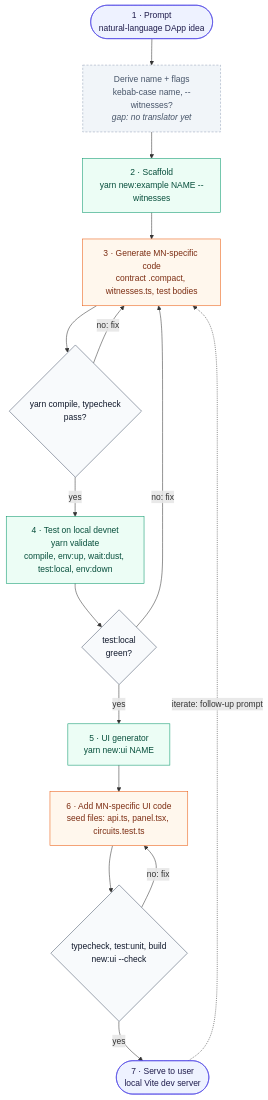
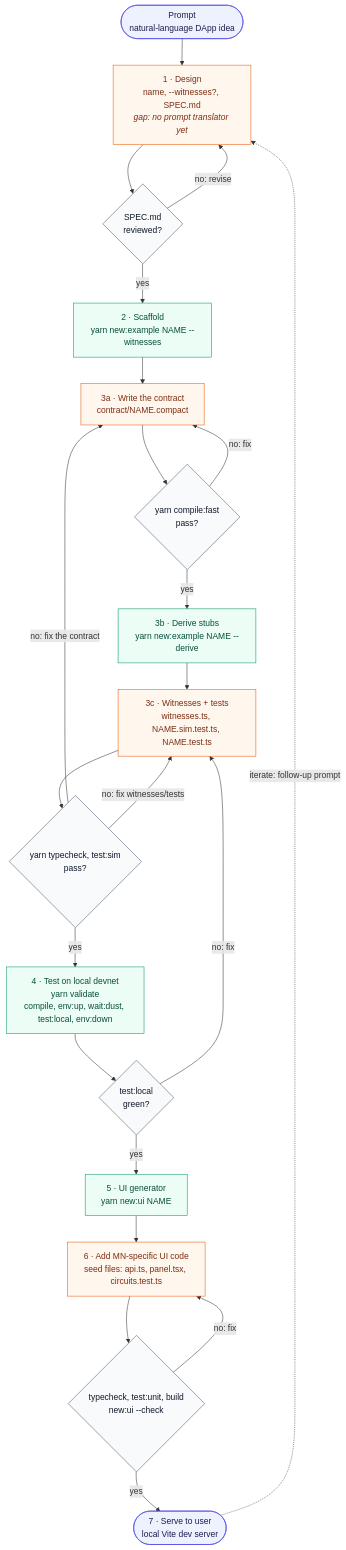
One commit to midnightntwrk/midnight-examples changed the second of 2 diagrams in docs/generation-flow.md. Above: the diagram before and after it, drawn with Mermaid. The commit also changed other lines of this file and 14 other files, not shown here.

First line of the commit message:
Cheaper reading for step 3; document the Phase 2 flow

````diff
--- a/docs/generation-flow.md
+++ b/docs/generation-flow.md
@@ -28,29 +31,38 @@
 ```mermaid
 flowchart TD
-  P(["1 · Prompt<br/>natural-language DApp idea"]):::io
-  T["Derive name + flags<br/>kebab-case name, --witnesses?<br/><i>gap: no translator yet</i>"]:::gap
+  P(["Prompt<br/>natural-language DApp idea"]):::io
+  T["1 · Design<br/>name, --witnesses?, SPEC.md<br/><i>gap: no prompt translator yet</i>"]:::reason
+  H{"SPEC.md<br/>reviewed?"}:::gate
   S["2 · Scaffold<br/>yarn new:example NAME --witnesses"]:::script
-  R1["3 · Generate MN-specific code<br/>contract .compact, witnesses.ts, test bodies"]:::reason
-  C{"yarn compile, typecheck<br/>pass?"}:::gate
+  R1["3a · Write the contract<br/>contract/NAME.compact"]:::reason
+  C{"yarn compile:fast<br/>pass?"}:::gate
+  DV["3b · Derive stubs<br/>yarn new:example NAME --derive"]:::script
+  R3["3c · Witnesses + tests<br/>witnesses.ts, NAME.sim.test.ts, NAME.test.ts"]:::reason
+  M{"yarn typecheck, test:sim<br/>pass?"}:::gate
   D["4 · Test on local devnet<br/>yarn validate<br/>compile, env:up, wait:dust, test:local, env:down"]:::script
   G{"test:local<br/>green?"}:::gate
   U["5 · UI generator<br/>yarn new:ui NAME"]:::script
   R2["6 · Add MN-specific UI code<br/>seed files: api.ts, panel.tsx, circuits.test.ts"]:::reason
   B{"typecheck, test:unit, build<br/>new:ui --check"}:::gate
   O(["7 · Serve to user<br/>local Vite dev server"]):::io
 
-  P --> T --> S --> R1 --> C
+  P --> T --> H
+  H -- "no: revise" --> T
+  H -- yes --> S --> R1 --> C
   C -- "no: fix" --> R1
-  C -- yes --> D --> G
-  G -- "no: fix" --> R1
+  C -- yes --> DV --> R3 --> M
+  M -- "no: fix the contract" --> R1
+  M -- "no: fix witnesses/tests" --> R3
+  M -- yes --> D --> G
+  G -- "no: fix" --> R3
   G -- yes --> U --> R2 --> B
   B -- "no: fix" --> R2
   B -- yes --> O
-  O -. "iterate: follow-up prompt" .-> R1
+  O -. "iterate: follow-up prompt" .-> T
 
   classDef io fill:#eef2ff,stroke:#4f46e5,color:#1e1b4b
   classDef script fill:#ecfdf5,stroke:#059669,color:#064e3b
   classDef reason fill:#fff7ed,stroke:#ea580c,color:#7c2d12
   classDef gate fill:#f8fafc,stroke:#475569,color:#0f172a
   classDef gap fill:#f1f5f9,stroke:#94a3b8,color:#475569,stroke-dasharray: 4 3
 ```
````
